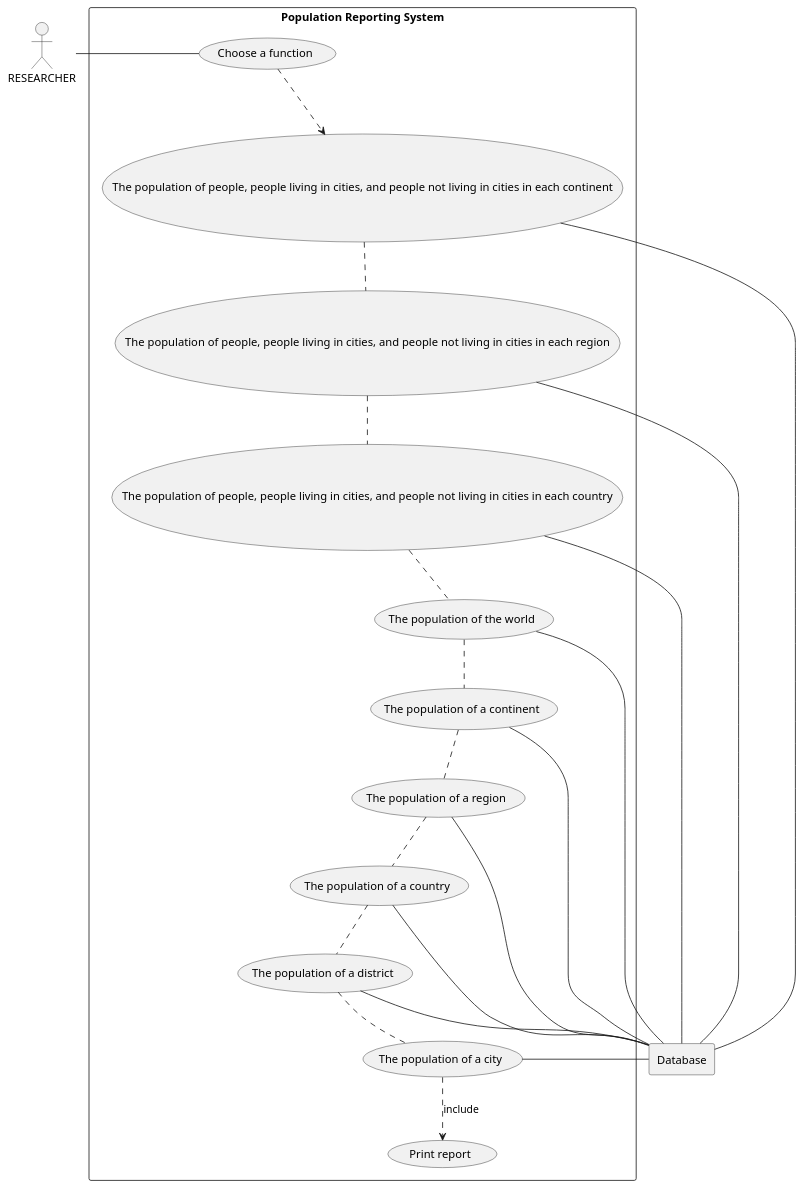
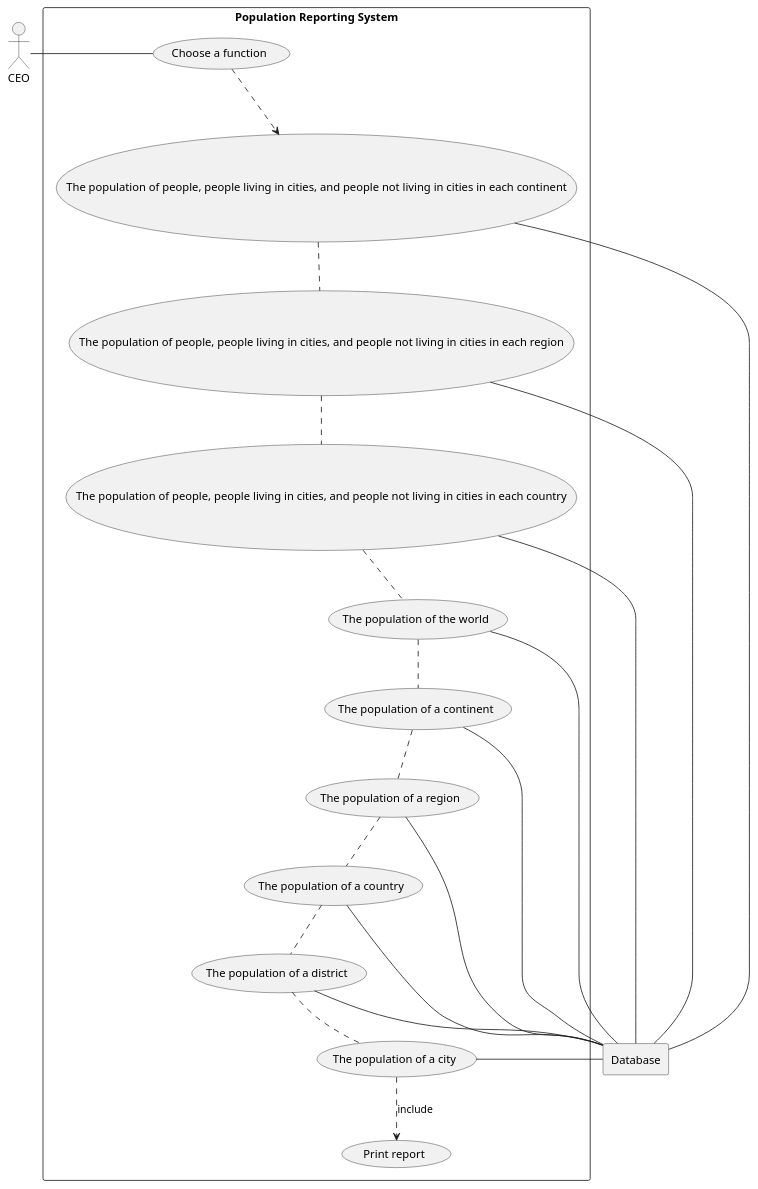
Before and after one commit to CamyH/World-Database-Report-Generator: the diagram in use-cases/population/Population Reporting System.puml, drawn with PlantUML. The commit also changed 15 other files, not shown here.

```diff
--- a/use-cases/population/Population Reporting System.puml
+++ b/use-cases/population/Population Reporting System.puml
@@ -1,43 +1,43 @@
 @startuml
 
-actor Researcher as "RESEARCHER"
+actor CEO as "CEO"
 
 rectangle Database
 
 rectangle "Population Reporting System" {
 
     usecase Choice as "Choose a function"
     usecase UC1 as "The population of people, people living in cities, and people not living in cities in each continent"
     usecase UC2 as "The population of people, people living in cities, and people not living in cities in each region"
     usecase UC3 as "The population of people, people living in cities, and people not living in cities in each country"
     usecase UC4 as "The population of the world"
     usecase UC5 as "The population of a continent"
     usecase UC6 as "The population of a region"
     usecase UC7 as "The population of a country"
     usecase UC8 as "The population of a district"
     usecase UC9 as "The population of a city"
     usecase UCa as "Print report"
 
-    Researcher - Choice
+    CEO - Choice
     Choice ..> UC1
     UC1 .. UC2
     UC2 .. UC3
     UC3 .. UC4
     UC4 .. UC5
     UC5 .. UC6
     UC6 .. UC7
     UC7 .. UC8
     UC8 .. UC9
     UC9 ..> UCa : include
 
     UC1 - Database
     UC2 - Database
     UC3 - Database
     UC4 - Database
     UC5 - Database
     UC6 - Database
     UC7 - Database
     UC8 - Database
     UC9 - Database
 }
 @enduml
```
